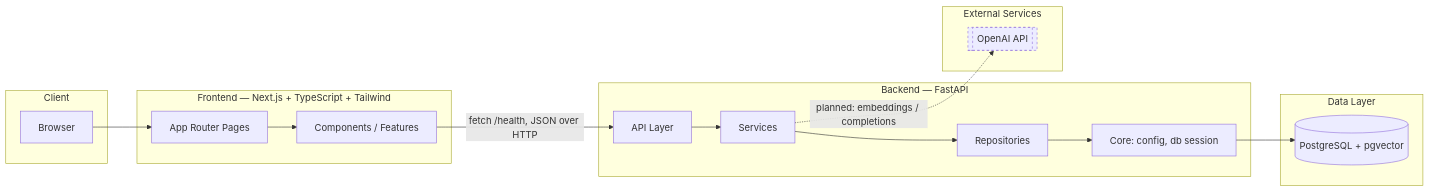
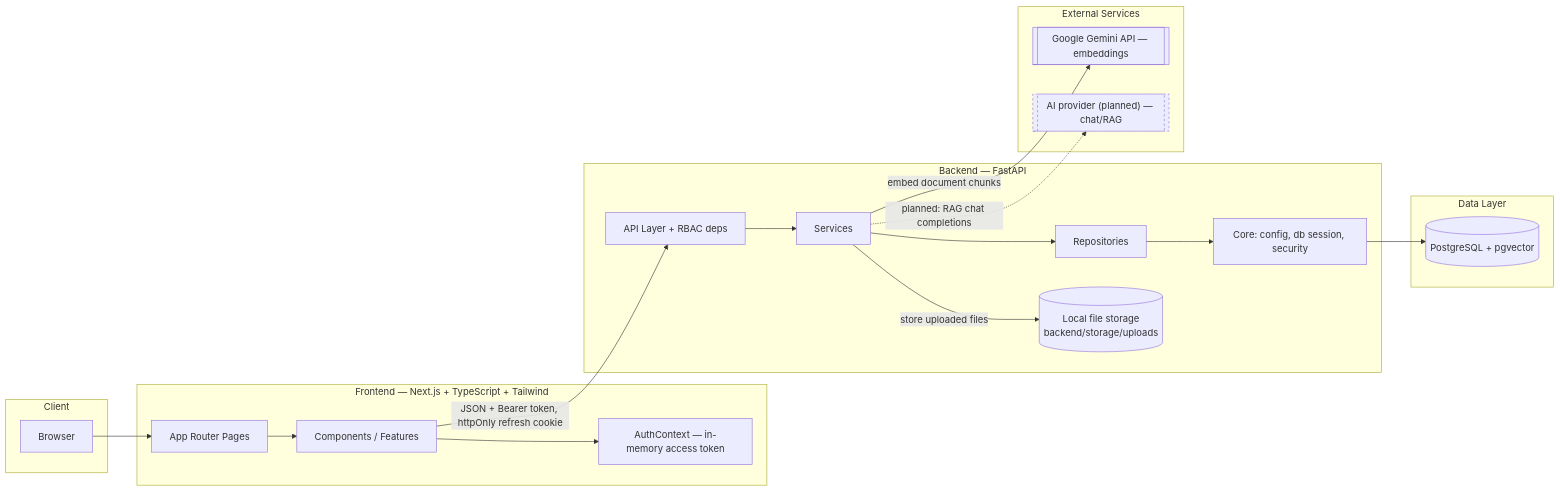
The first of 2 diagrams in docs/architecture.md (Harshvish07/AI-Powered-IT-Knowledge-Digital-Support-Platform), drawn with Mermaid before and after one commit. The commit also changed other lines of this file and 81 other files, not shown here.

Commit message:
phase 2 & 3 Auth + RBAC Knowledge Base

````diff
--- a/docs/architecture.md
+++ b/docs/architecture.md
@@ -13,34 +14,39 @@
 ```mermaid
 flowchart LR
     subgraph Client
         Browser[Browser]
     end
 
     subgraph Frontend["Frontend — Next.js + TypeScript + Tailwind"]
         Pages[App Router Pages]
         Components[Components / Features]
+        AuthCtx[AuthContext — in-memory access token]
     end
 
     subgraph Backend["Backend — FastAPI"]
-        API[API Layer]
+        API[API Layer + RBAC deps]
         Services[Services]
         Repositories[Repositories]
-        Core[Core: config, db session]
+        Core[Core: config, db session, security]
+        Storage[(Local file storage\nbackend/storage/uploads)]
     end
 
     subgraph Data["Data Layer"]
         Postgres[(PostgreSQL + pgvector)]
     end
 
     subgraph External["External Services"]
-        OpenAI[[OpenAI API]]
+        Gemini[[Google Gemini API — embeddings]]
+        AIProvider[["AI provider (planned) — chat/RAG"]]
     end
 
-    Browser --> Pages --> Components
-    Components -- "fetch /health, JSON over HTTP" --> API
+    Browser --> Pages --> Components --> AuthCtx
+    Components -- "JSON + Bearer token, httpOnly refresh cookie" --> API
     API --> Services --> Repositories --> Core --> Postgres
-    Services -. "planned: embeddings / completions" .-> OpenAI
+    Services -- "store uploaded files" --> Storage
+    Services -- "embed document chunks" --> Gemini
+    Services -. "planned: RAG chat completions" .-> AIProvider
 
     classDef planned stroke-dasharray: 4 4;
-    class OpenAI planned;
+    class AIProvider planned;
 ```
````
